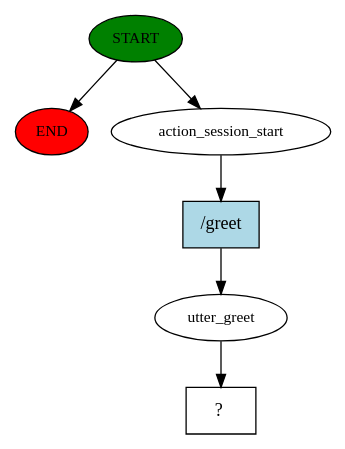
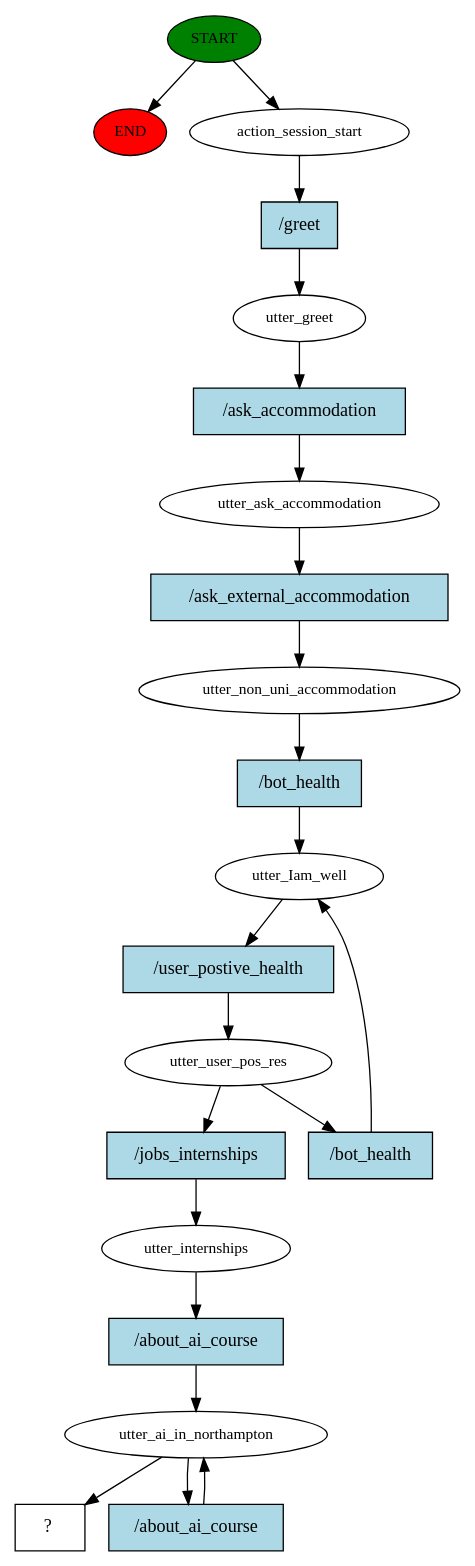
The diagram in best/story_graph.dot (kelv696/lalalallaal), drawn with Graphviz before and after one commit. The commit also changed 305 other files, not shown here.

```diff
--- a/best/story_graph.dot
+++ b/best/story_graph.dot
@@ -1,13 +1,43 @@
 digraph  {
 0 [class="start active", fillcolor=green, fontsize=12, label=START, style=filled];
 "-1" [class=end, fillcolor=red, fontsize=12, label=END, style=filled];
 1 [class=active, fontsize=12, label=action_session_start];
 2 [class=active, fontsize=12, label=utter_greet];
-3 [class="intent dashed active", label="  ?  ", shape=rect];
-4 [class="intent active", fillcolor=lightblue, label="/greet", shape=rect, style=filled];
+3 [class=active, fontsize=12, label=utter_ask_accommodation];
+4 [class=active, fontsize=12, label=utter_non_uni_accommodation];
+5 [class=active, fontsize=12, label=utter_Iam_well];
+6 [class=active, fontsize=12, label=utter_user_pos_res];
+9 [class=active, fontsize=12, label=utter_internships];
+10 [class=active, fontsize=12, label=utter_ai_in_northampton];
+12 [class="intent dashed active", label="  ?  ", shape=rect];
+13 [class="intent active", fillcolor=lightblue, label="/greet", shape=rect, style=filled];
+14 [class="intent active", fillcolor=lightblue, label="/ask_accommodation", shape=rect, style=filled];
+15 [class="intent active", fillcolor=lightblue, label="/ask_external_accommodation", shape=rect, style=filled];
+16 [class="intent active", fillcolor=lightblue, label="/bot_health", shape=rect, style=filled];
+17 [class="intent active", fillcolor=lightblue, label="/user_postive_health", shape=rect, style=filled];
+18 [class="intent active", fillcolor=lightblue, label="/bot_health", shape=rect, style=filled];
+19 [class="intent active", fillcolor=lightblue, label="/jobs_internships", shape=rect, style=filled];
+20 [class="intent active", fillcolor=lightblue, label="/about_ai_course", shape=rect, style=filled];
+21 [class="intent active", fillcolor=lightblue, label="/about_ai_course", shape=rect, style=filled];
 0 -> "-1"  [class="", key=NONE, label=""];
 0 -> 1  [class=active, key=NONE, label=""];
-1 -> 4  [class=active, key=0];
-2 -> 3  [class=active, key=NONE, label=""];
-4 -> 2  [class=active, key=0];
+1 -> 13  [class=active, key=0];
+2 -> 14  [class=active, key=0];
+3 -> 15  [class=active, key=0];
+4 -> 16  [class=active, key=0];
+5 -> 17  [class=active, key=0];
+6 -> 18  [class=active, key=0];
+6 -> 19  [class=active, key=0];
+9 -> 20  [class=active, key=0];
+10 -> 12  [class=active, key=NONE, label=""];
+10 -> 21  [class=active, key=0];
+13 -> 2  [class=active, key=0];
+14 -> 3  [class=active, key=0];
+15 -> 4  [class=active, key=0];
+16 -> 5  [class=active, key=0];
+17 -> 6  [class=active, key=0];
+18 -> 5  [class=active, key=0];
+19 -> 9  [class=active, key=0];
+20 -> 10  [class=active, key=0];
+21 -> 10  [class=active, key=0];
 }
```
